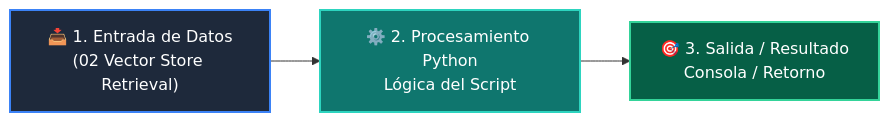
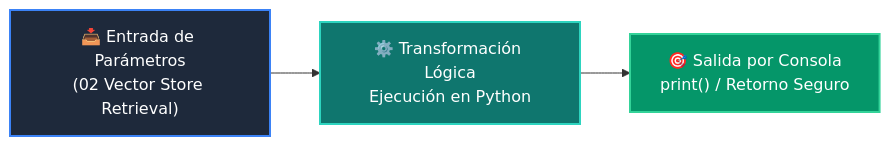
One commit to wisrovi/wisrovi-python changed the diagram in 03-agentes-ia/clase-06-arquitecturas-rag/ejemplos/ejemplo_02_vector_store_retrieval/README.md. Above: the diagram before and after it, drawn with Mermaid. The commit also changed other lines of this file and 226 other files, not shown here.

Commit message:
docs: elevate all repository READMEs to world-class mastery standard with rich pedagogical architecture, custom Mermaids, and professional styling

````diff
--- a/03-agentes-ia/clase-06-arquitecturas-rag/ejemplos/ejemplo_02_vector_store_retrieval/README.md
+++ b/03-agentes-ia/clase-06-arquitecturas-rag/ejemplos/ejemplo_02_vector_store_retrieval/README.md
@@ -12,9 +19,9 @@
 ```mermaid
 flowchart LR
-    A["📥 1. Entrada de Datos<br/>(02 Vector Store Retrieval)"] --> B["⚙️ 2. Procesamiento Python<br/>Lógica del Script"]
-    B --> C["🎯 3. Salida / Resultado<br/>Consola / Retorno"]
+    A["📥 Entrada de Parámetros<br/>(02 Vector Store Retrieval)"] --> B["⚙️ Transformación Lógica<br/>Ejecución en Python"]
+    B --> C["🎯 Salida por Consola<br/>print() / Retorno Seguro"]
 
-    style A fill:#1e293b,color:#fff,stroke:#3b82f6,stroke-width:2px
-    style B fill:#0f766e,color:#fff,stroke:#2dd4bf,stroke-width:2px
-    style C fill:#065f46,color:#fff,stroke:#34d399,stroke-width:2px
+    style A fill:#1e293b,color:#ffffff,stroke:#3b82f6,stroke-width:2px
+    style B fill:#0f766e,color:#ffffff,stroke:#2dd4bf,stroke-width:2px
+    style C fill:#059669,color:#ffffff,stroke:#34d399,stroke-width:2px
 ```
````
